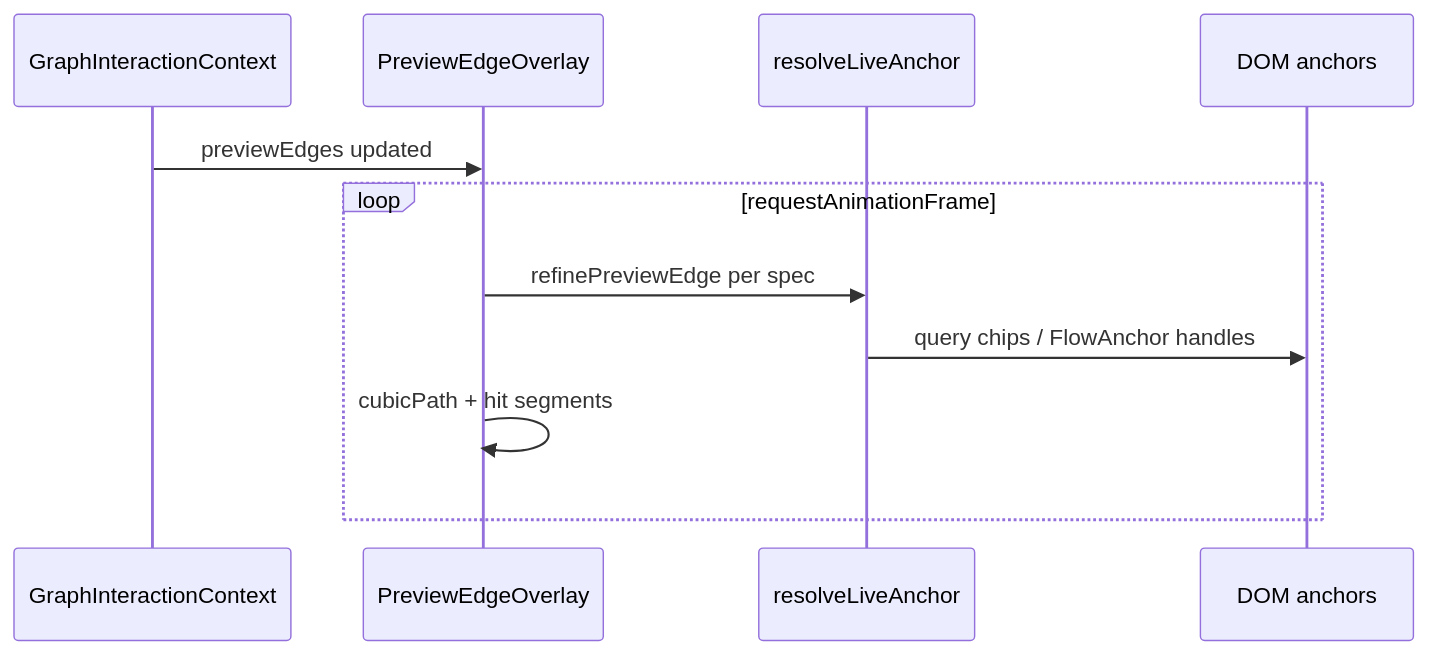
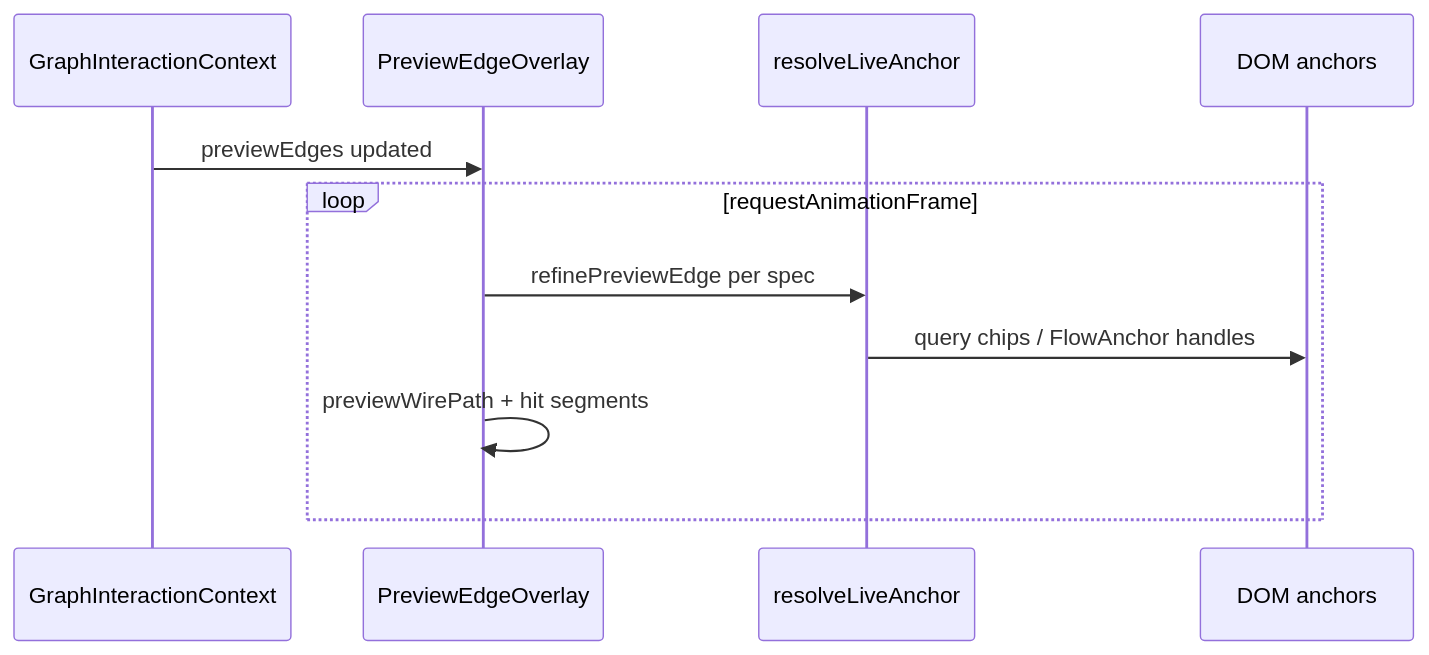
The second of 2 diagrams in docs/specs/component/preview-edge-overlay.md (matkleve/codegrapher), drawn with Mermaid before and after one commit. The commit also changed other lines of this file and 54 other files, not shown here.

````diff
--- a/docs/specs/component/preview-edge-overlay.md
+++ b/docs/specs/component/preview-edge-overlay.md
@@ -30,14 +30,14 @@
 ```mermaid
 sequenceDiagram
   participant C as GraphInteractionContext
   participant O as PreviewEdgeOverlay
   participant L as resolveLiveAnchor
   participant D as DOM anchors
 
   C->>O: previewEdges updated
   loop requestAnimationFrame
     O->>L: refinePreviewEdge per spec
     L->>D: query chips / FlowAnchor handles
-    O->>O: cubicPath + hit segments
+    O->>O: previewWirePath + hit segments
   end
 ```
````
